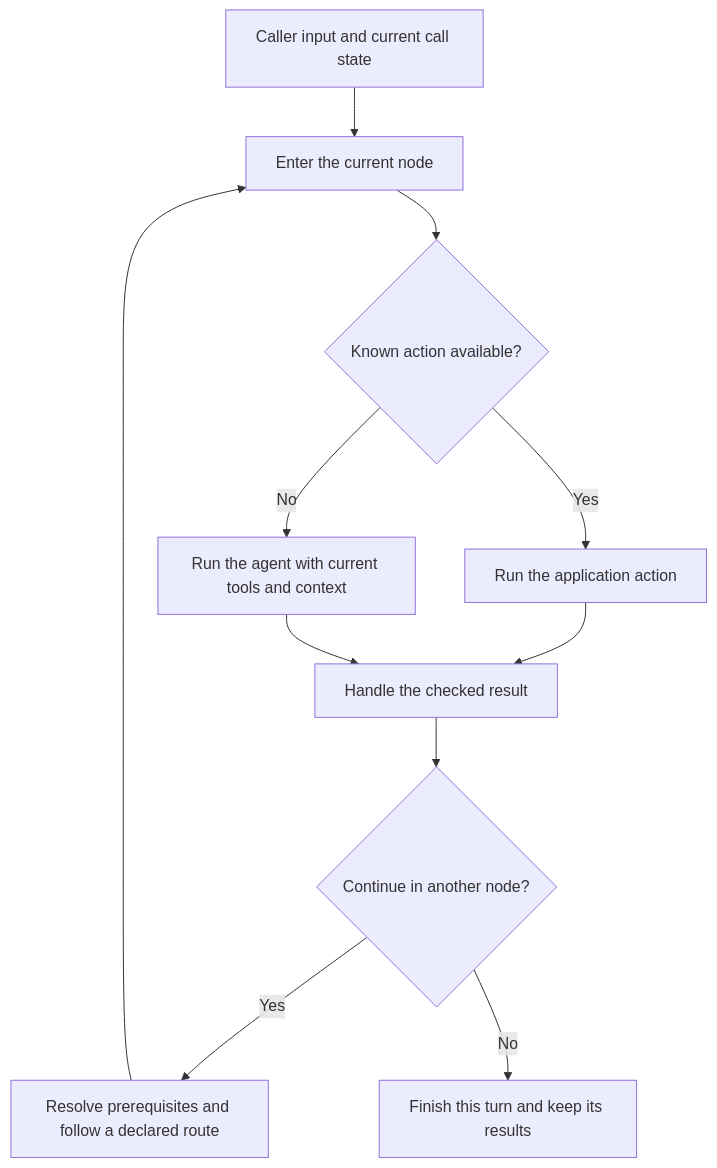
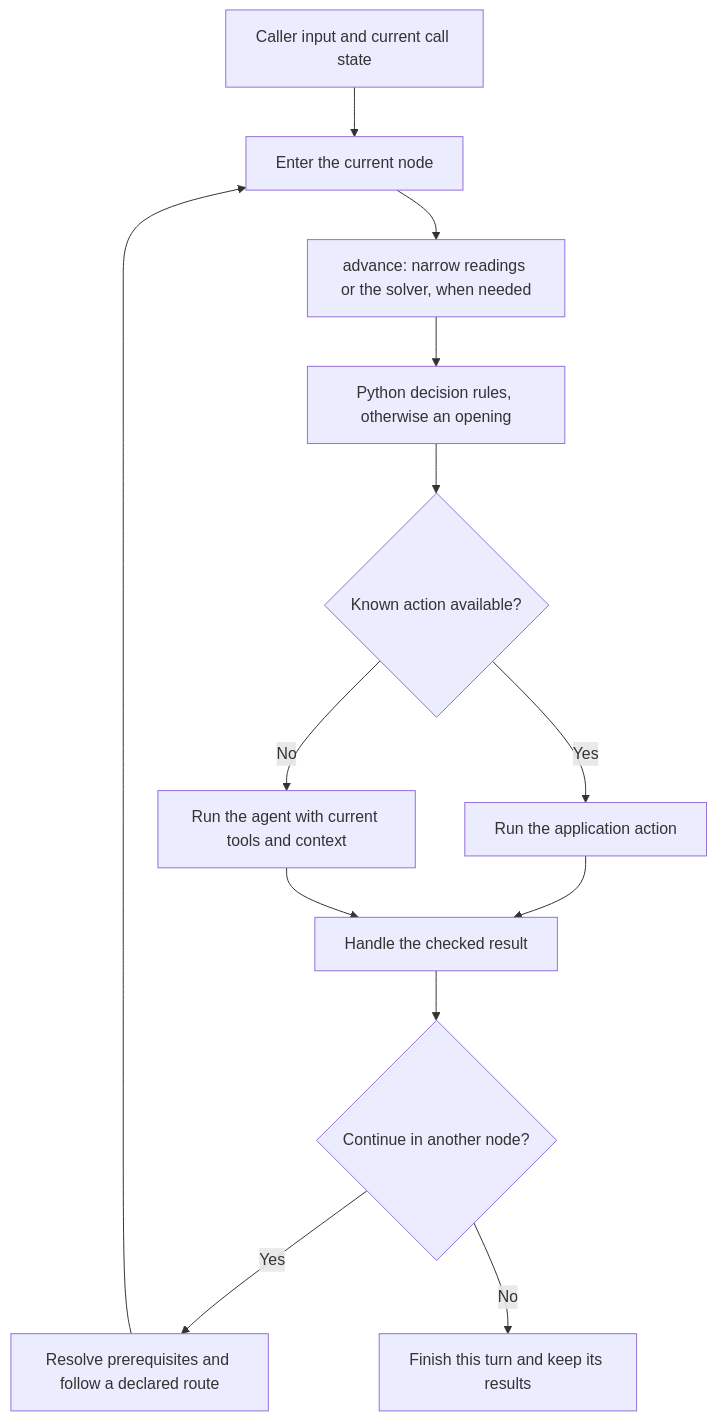
Before and after one commit to slng-ai/unmute-beat: the third of 4 diagrams in README.md, drawn with Mermaid. The commit also changed other lines of this file, not shown here.

First line of the commit message:
README: classifiers and the solver as their own section, before the caller turn

````diff
--- a/README.md
+++ b/README.md
@@ -322,13 +468,15 @@
 ```mermaid
 flowchart TD
     Input["Caller input and current call state"] --> Node["Enter the current node"]
-    Node --> Known{"Known action available?"}
+    Node --> Interpret["advance: narrow readings or the solver, when needed"]
+    Interpret --> Rules["Python decision rules, otherwise an opening"]
+    Rules --> Known{"Known action available?"}
     Known -->|Yes| Direct["Run the application action"]
     Known -->|No| Agent["Run the agent with current tools and context"]
     Direct --> Result["Handle the checked result"]
     Agent --> Result
     Result --> Move{"Continue in another node?"}
     Move -->|Yes| Route["Resolve prerequisites and follow a declared route"]
     Route --> Node
     Move -->|No| Finish["Finish this turn and keep its results"]
 ```
````
